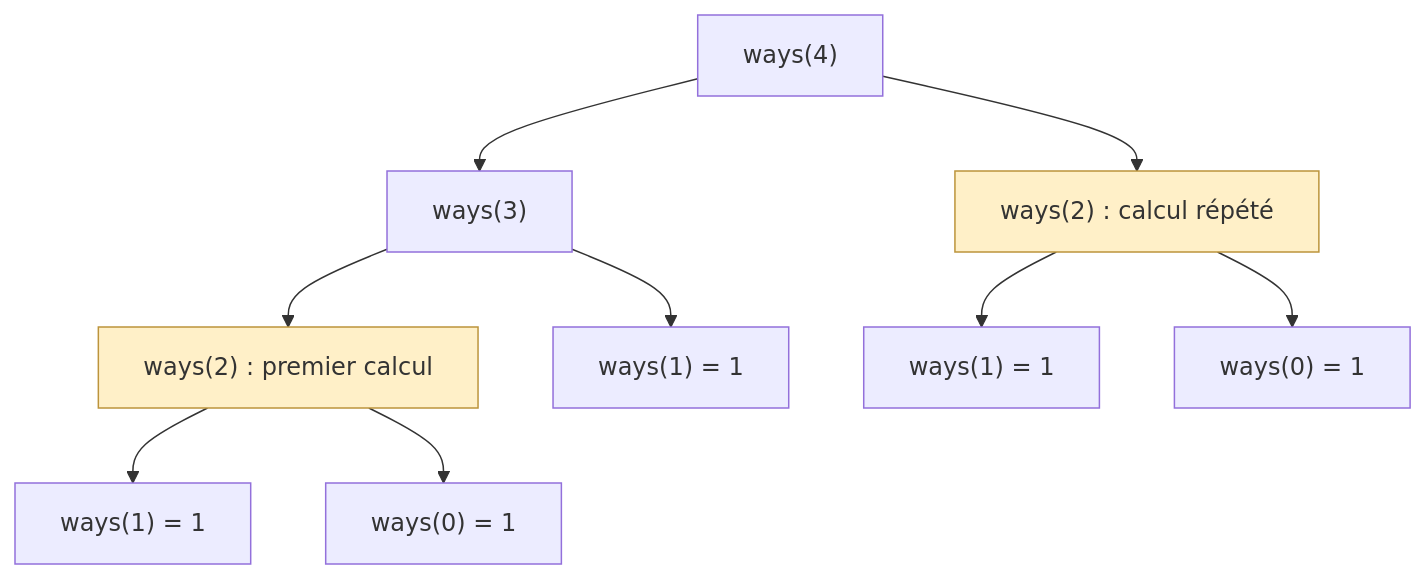
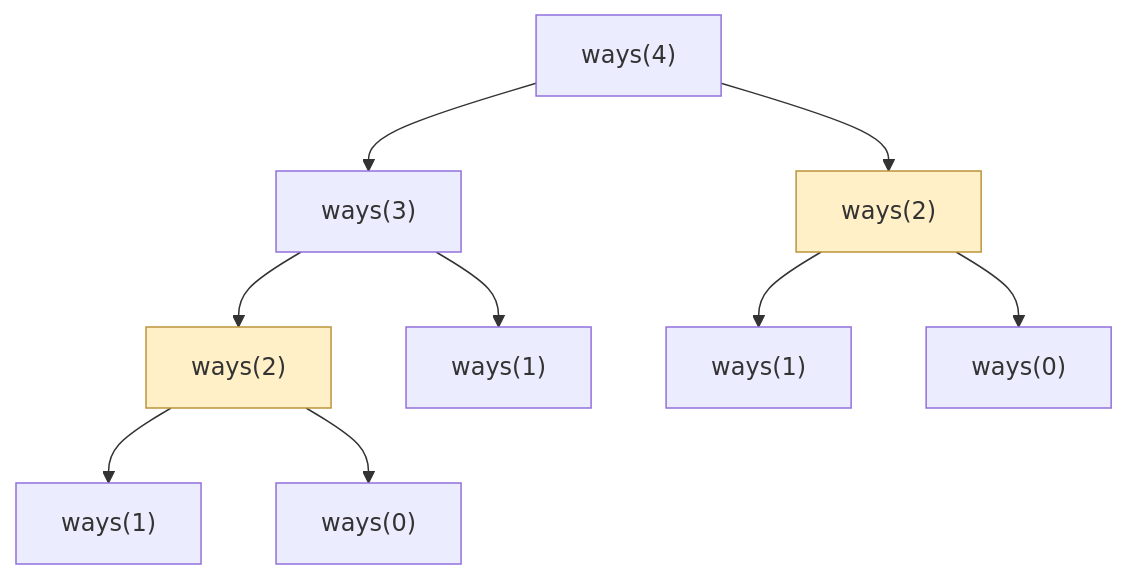
Before and after one commit to yannpassy/prepa_algo_odoo: the first of 10 diagrams in Dynamic_Programming/Programmation_dynamique.md, drawn with Mermaid. The commit also changed other lines of this file, not shown here.

````diff
--- a/Dynamic_Programming/Programmation_dynamique.md
+++ b/Dynamic_Programming/Programmation_dynamique.md
@@ -127,13 +53,13 @@
 ```mermaid
 flowchart TD
     A["ways(4)"] --> B["ways(3)"]
-    A --> C["ways(2) : calcul répété"]
-    B --> D["ways(2) : premier calcul"]
-    B --> E["ways(1) = 1"]
-    C --> F["ways(1) = 1"]
-    C --> G["ways(0) = 1"]
-    D --> H["ways(1) = 1"]
-    D --> I["ways(0) = 1"]
+    A --> C["ways(2)"]
+    B --> D["ways(2)"]
+    B --> E["ways(1)"]
+    C --> F["ways(1)"]
+    C --> G["ways(0)"]
+    D --> H["ways(1)"]
+    D --> I["ways(0)"]
     style C fill:#fff0c8,stroke:#bc943b
     style D fill:#fff0c8,stroke:#bc943b
 ```
````
